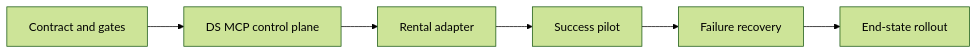
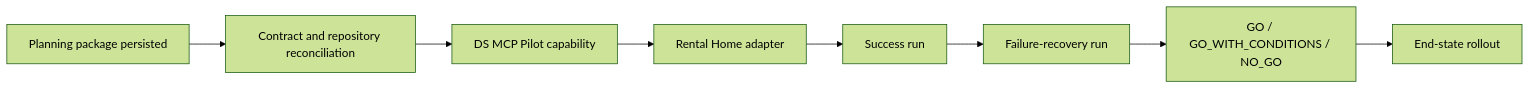
The diagram in docs/plan/distributed-multi-agent-sdlc/PROGRAM_PLAN.md (nhatnguyenquang1838-coder/gwc), drawn with Mermaid (forest theme) before and after one commit. The commit also changed other lines of this file, not shown here.

````diff
--- a/docs/plan/distributed-multi-agent-sdlc/PROGRAM_PLAN.md
+++ b/docs/plan/distributed-multi-agent-sdlc/PROGRAM_PLAN.md
@@ -133,8 +19,10 @@
 ```mermaid
 flowchart LR
-    P0[Contract and gates] --> P1[DS MCP control plane]
-    P1 --> P2[Rental adapter]
-    P2 --> P3[Success pilot]
-    P3 --> P4[Failure recovery]
-    P4 --> P5[End-state rollout]
+  P[Planning package persisted] --> C[Contract and repository reconciliation]
+  C --> D[DS MCP Pilot capability]
+  D --> R[Rental Home adapter]
+  R --> S[Success run]
+  S --> F[Failure-recovery run]
+  F --> G[GO / GO_WITH_CONDITIONS / NO_GO]
+  G --> E[End-state rollout]
 ```
````
